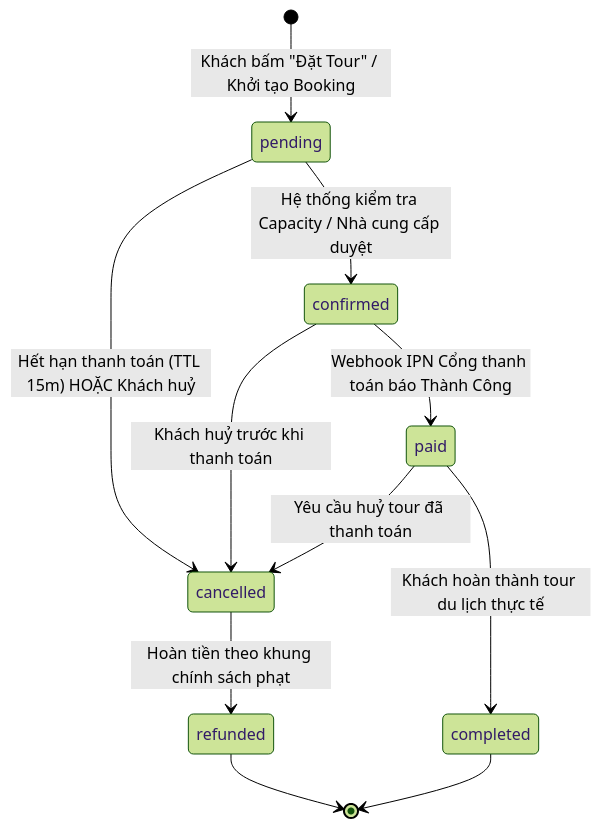
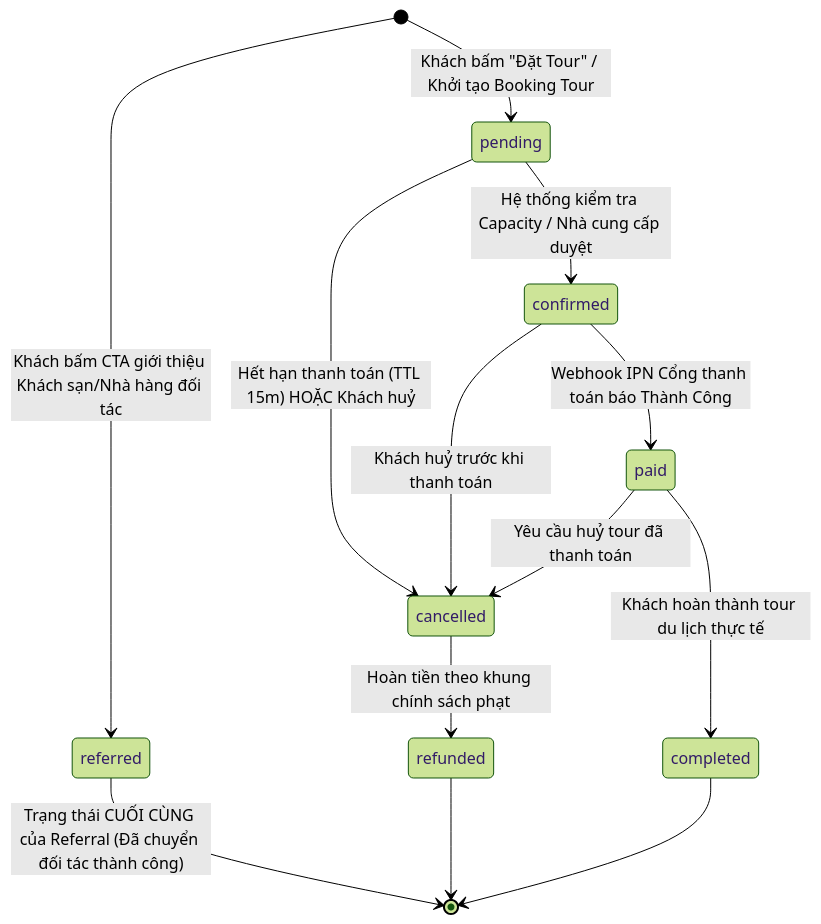
The second of 2 diagrams in docs/backend-database-and-erp-spec.md (STAR-Trevaling/Website-Traveling), drawn with Mermaid (forest theme) before and after one commit. The commit also changed other lines of this file and 28 other files, not shown here.

First line of the commit message:
docs: consolidate canonical specs, architecture records, and audit reports

````diff
--- a/docs/backend-database-and-erp-spec.md
+++ b/docs/backend-database-and-erp-spec.md
@@ -419,13 +586,15 @@
 ```mermaid
 stateDiagram-v2
-    [*] --> pending: Khách bấm "Đặt Tour" / Khởi tạo Booking
+    [*] --> pending: Khách bấm "Đặt Tour" / Khởi tạo Booking Tour
+    [*] --> referred: Khách bấm CTA giới thiệu Khách sạn/Nhà hàng đối tác
+    referred --> [*]: Trạng thái CUỐI CÙNG của Referral (Đã chuyển đối tác thành công)
     pending --> confirmed: Hệ thống kiểm tra Capacity / Nhà cung cấp duyệt
     pending --> cancelled: Hết hạn thanh toán (TTL 15m) HOẶC Khách huỷ
     confirmed --> paid: Webhook IPN Cổng thanh toán báo Thành Công
     confirmed --> cancelled: Khách huỷ trước khi thanh toán
     paid --> completed: Khách hoàn thành tour du lịch thực tế
     paid --> cancelled: Yêu cầu huỷ tour đã thanh toán
     cancelled --> refunded: Hoàn tiền theo khung chính sách phạt
     refunded --> [*]
     completed --> [*]
 ```
````
